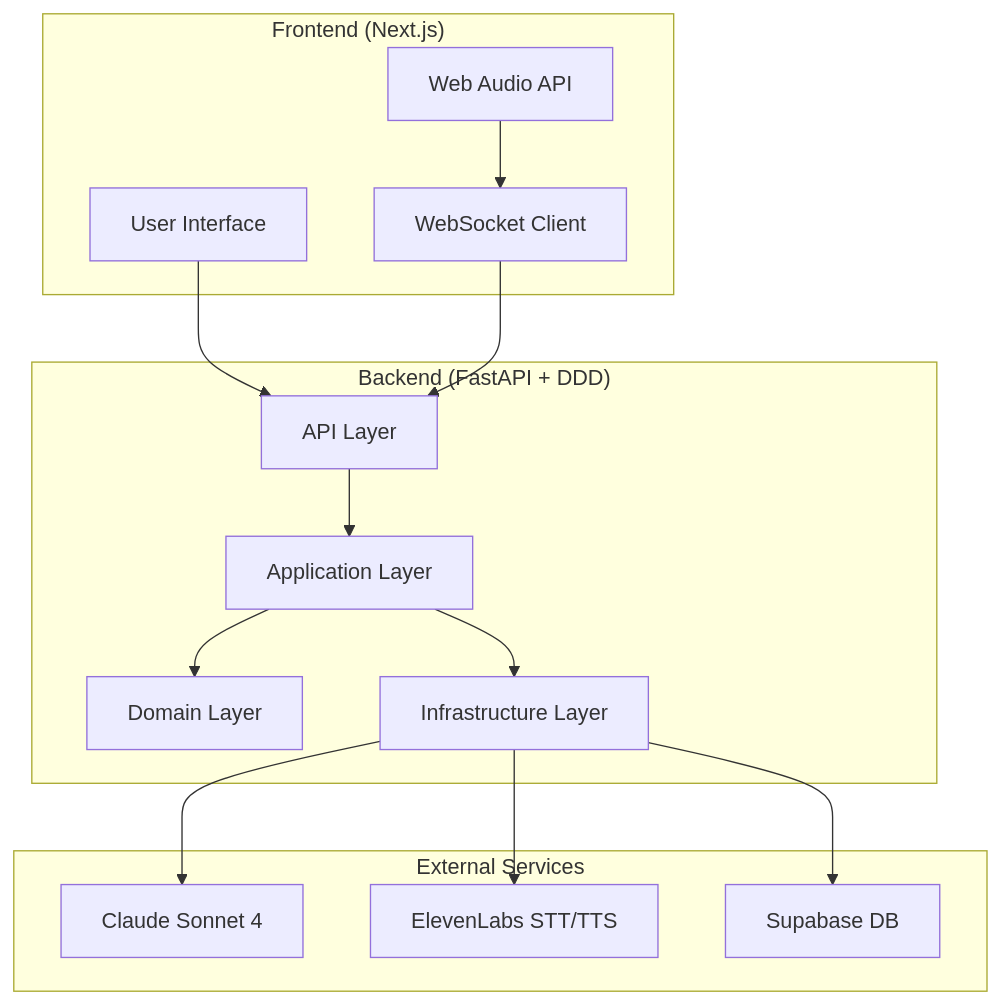
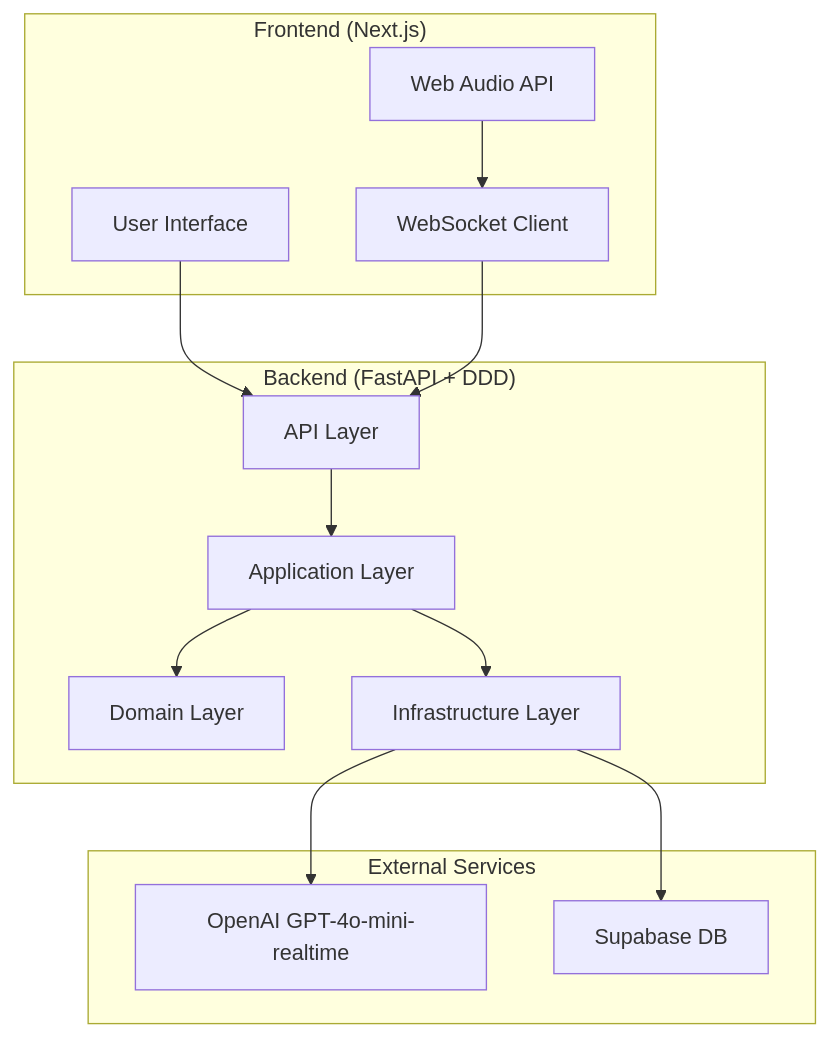
The first of 4 diagrams in memory-bank/systemPatterns.md (marcogonzalo/conversation-simulator), drawn with Mermaid before and after one commit. The commit also changed other lines of this file and 38 other files, not shown here.

````diff
--- a/memory-bank/systemPatterns.md
+++ b/memory-bank/systemPatterns.md
@@ -5,31 +5,29 @@
 ```mermaid
 graph TB
     subgraph "Frontend (Next.js)"
         UI[User Interface]
         Audio[Web Audio API]
         WS[WebSocket Client]
     end
     
     subgraph "Backend (FastAPI + DDD)"
         API[API Layer]
         APP[Application Layer]
         DOM[Domain Layer]
         INF[Infrastructure Layer]
     end
     
     subgraph "External Services"
-        Claude[Claude Sonnet 4]
-        ElevenLabs[ElevenLabs STT/TTS]
+        OpenAI[OpenAI GPT-4o-mini-realtime]
         Supabase[Supabase DB]
     end
     
     UI --> API
     Audio --> WS
     WS --> API
     API --> APP
     APP --> DOM
     APP --> INF
-    INF --> Claude
-    INF --> ElevenLabs
+    INF --> OpenAI
     INF --> Supabase
 ```
````
